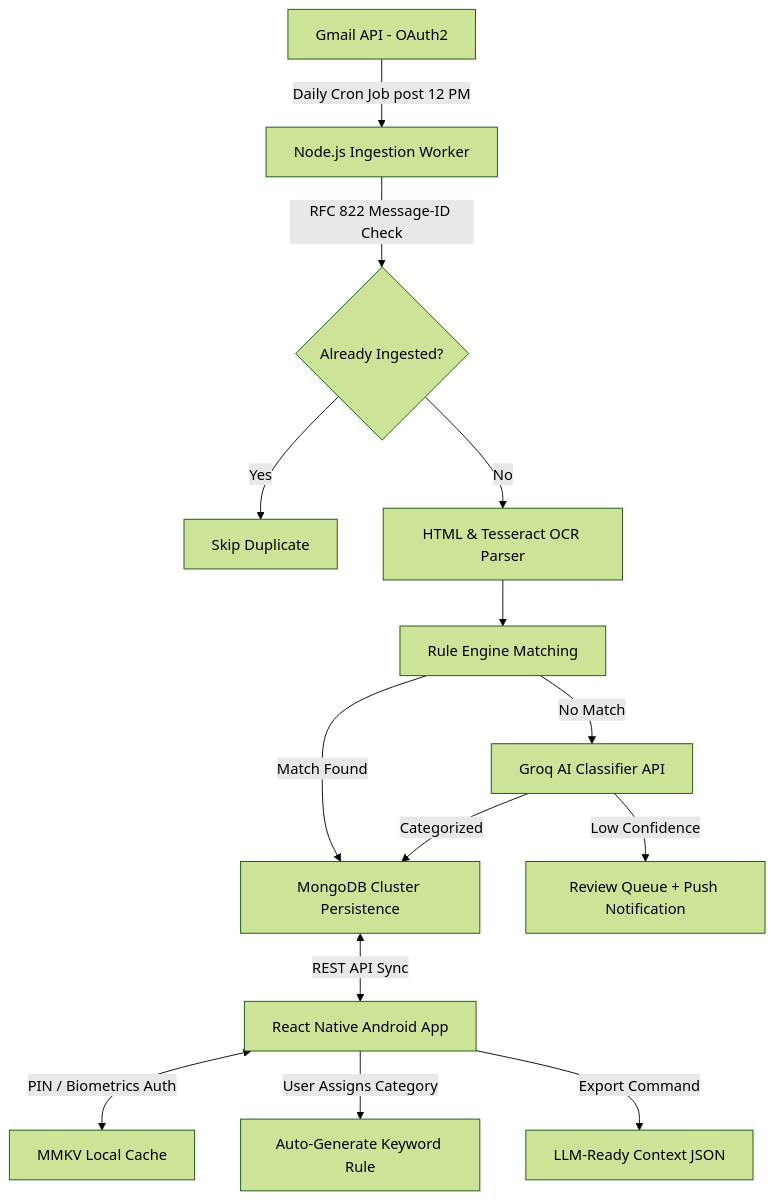
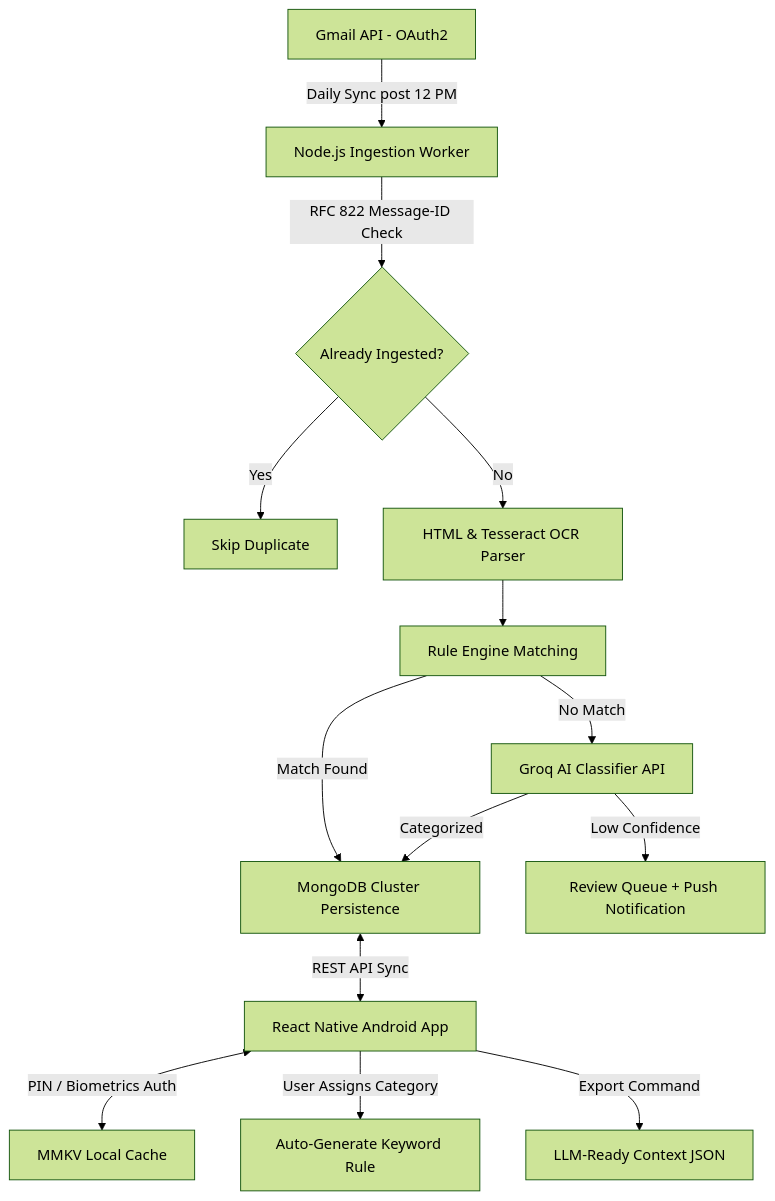
One commit to SuryaJanardhan/Lekka changed the diagram in README.md. Above: the diagram before and after it, drawn with Mermaid (forest theme). The commit also changed other lines of this file and 2 other files, not shown here.

Commit message:
fix: remove body background gray borders and force full bleed responsive mobile layout

````diff
--- a/README.md
+++ b/README.md
@@ -9,16 +9,16 @@
 ```mermaid
 graph TD
-    A[Gmail API - OAuth2] -->|Daily Cron Job post 12 PM| B[Node.js Ingestion Worker]
-    B -->|RFC 822 Message-ID Check| C{Already Ingested?}
-    C -->|Yes| D[Skip Duplicate]
-    C -->|No| E[HTML & Tesseract OCR Parser]
-    E --> F[Rule Engine Matching]
-    F -->|Match Found| G[MongoDB Cluster Persistence]
-    F -->|No Match| H[Groq AI Classifier API]
-    H -->|Categorized| G
-    H -->|Low Confidence| I[Review Queue + Push Notification]
-    G <-->|REST API Sync| J[React Native Android App]
-    J <-->|PIN / Biometrics Auth| K[MMKV Local Cache]
-    J -->|User Assigns Category| L[Auto-Generate Keyword Rule]
-    J -->|Export Command| M[LLM-Ready Context JSON]
+    A["Gmail API - OAuth2"] -->|"Daily Sync post 12 PM"| B["Node.js Ingestion Worker"]
+    B -->|"RFC 822 Message-ID Check"| C{"Already Ingested?"}
+    C -->|"Yes"| D["Skip Duplicate"]
+    C -->|"No"| E["HTML & Tesseract OCR Parser"]
+    E --> F["Rule Engine Matching"]
+    F -->|"Match Found"| G["MongoDB Cluster Persistence"]
+    F -->|"No Match"| H["Groq AI Classifier API"]
+    H -->|"Categorized"| G
+    H -->|"Low Confidence"| I["Review Queue + Push Notification"]
+    G <-->|"REST API Sync"| J["React Native Android App"]
+    J <-->|"PIN / Biometrics Auth"| K["MMKV Local Cache"]
+    J -->|"User Assigns Category"| L["Auto-Generate Keyword Rule"]
+    J -->|"Export Command"| M["LLM-Ready Context JSON"]
 ```
````
